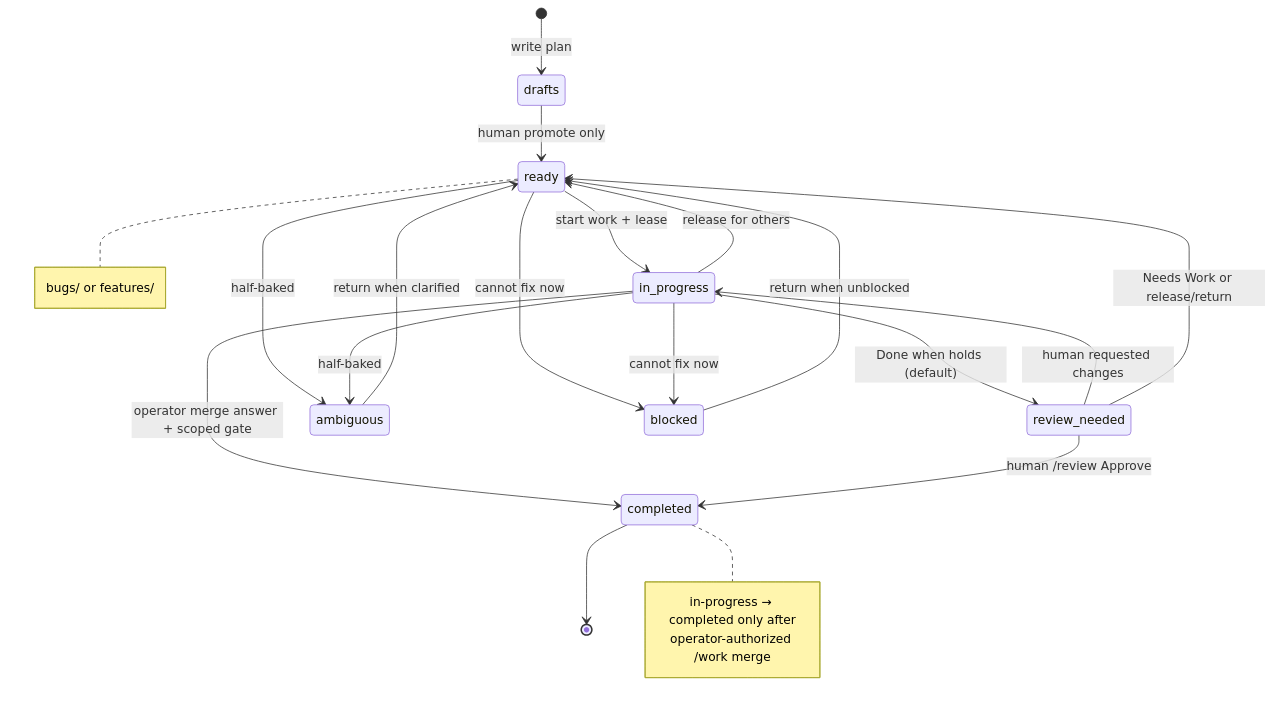
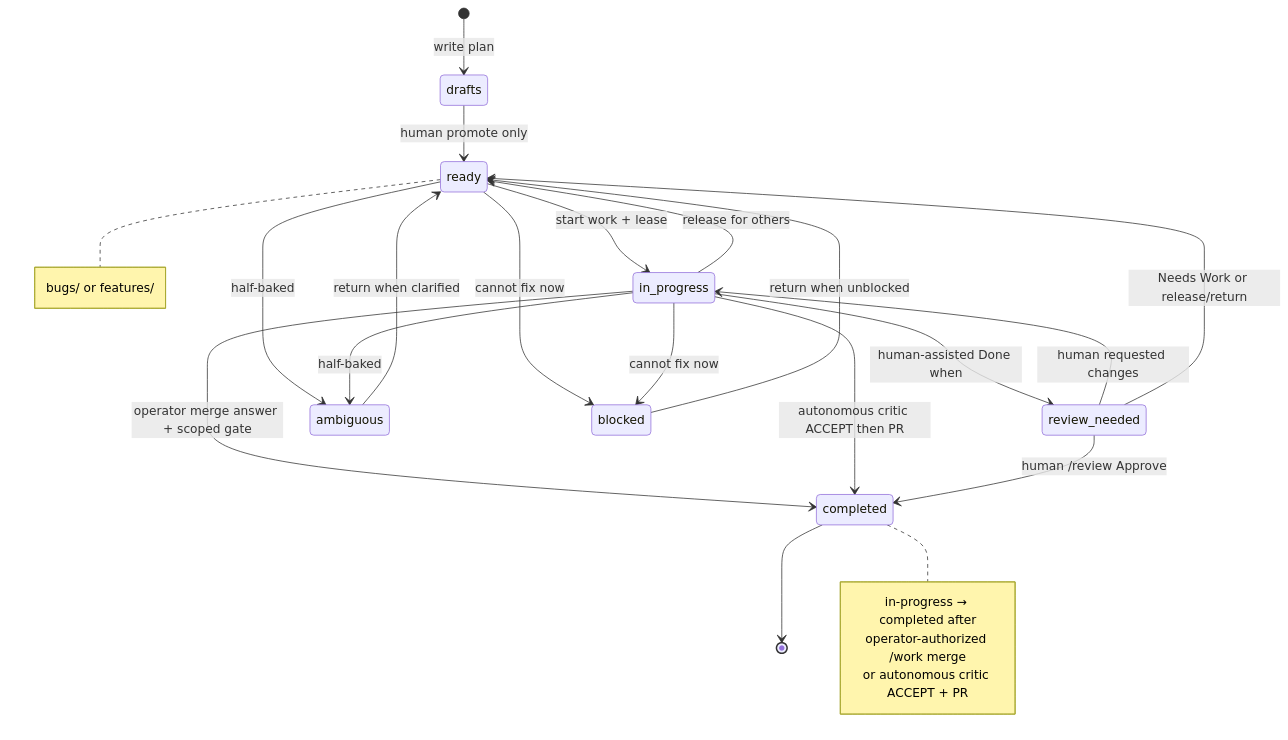
One commit to carefreeinv/anchor changed the first of 2 diagrams in docs/docs/skills/work.md. Above: the diagram before and after it, drawn with Mermaid. The commit also changed other lines of this file and 25 other files, not shown here.

First line of the commit message:
Two finish workflows: autonomous PR only after critic ACCEPT

````diff
--- a/docs/docs/skills/work.md
+++ b/docs/docs/skills/work.md
@@ -49,27 +49,29 @@
 ```mermaid
 stateDiagram-v2
   [*] --> drafts: write plan
   drafts --> ready: human promote only
   ready --> in_progress: start work + lease
-  in_progress --> review_needed: Done when holds (default)
+  in_progress --> review_needed: human-assisted Done when
   in_progress --> completed: operator merge answer + scoped gate
+  in_progress --> completed: autonomous critic ACCEPT then PR
   review_needed --> completed: human /review Approve
   review_needed --> in_progress: human requested changes
   review_needed --> ready: Needs Work or release/return
   ready --> ambiguous: half-baked
   ready --> blocked: cannot fix now
   in_progress --> ambiguous: half-baked
   in_progress --> blocked: cannot fix now
   in_progress --> ready: release for others
   ambiguous --> ready: return when clarified
   blocked --> ready: return when unblocked
   completed --> [*]
 
   note right of ready
     bugs/ or features/
   end note
   note right of completed
-    in-progress → completed only after
+    in-progress → completed after
     operator-authorized /work merge
+    or autonomous critic ACCEPT + PR
   end note
 ```
````
